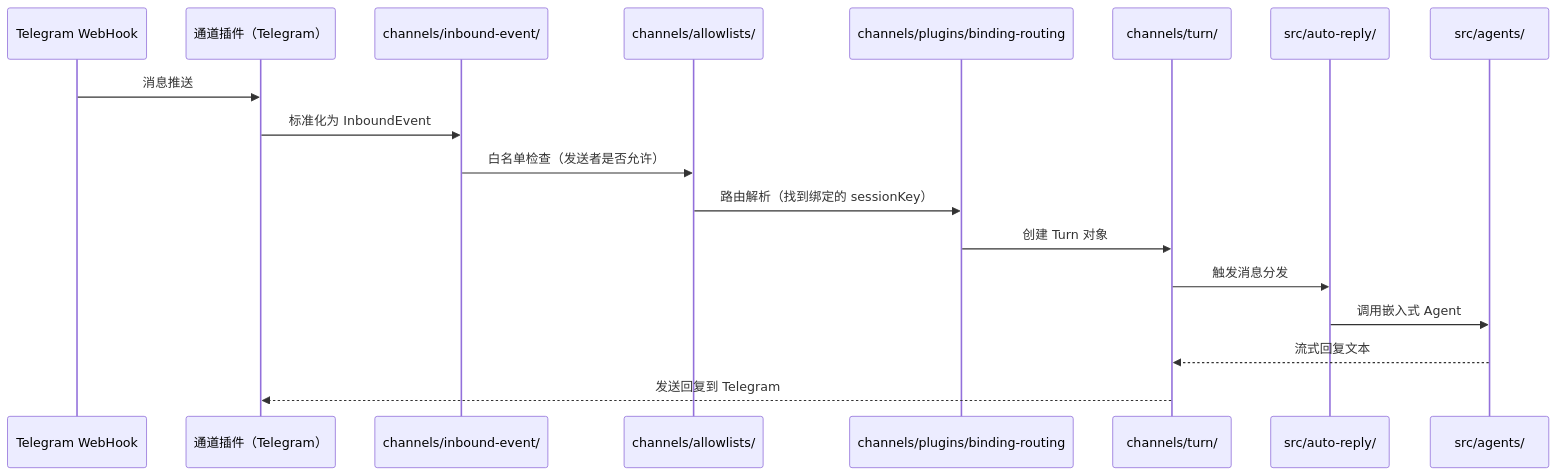
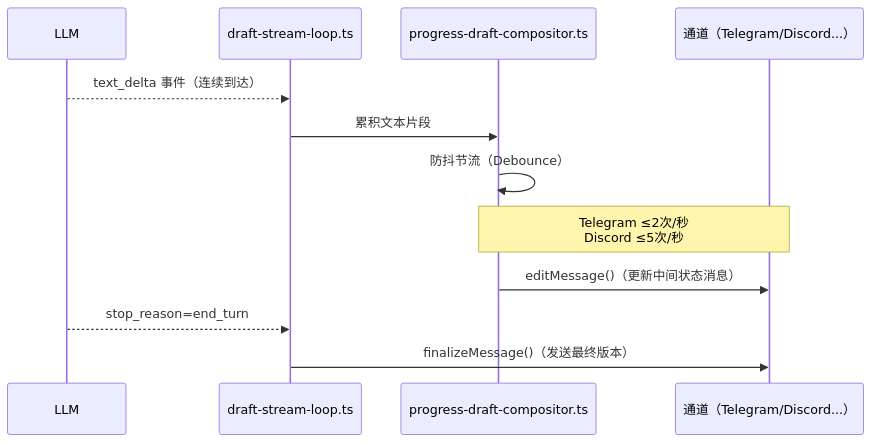
Before and after one commit to qqnhy/openclaw-code-analysiswiki: the second of 3 diagrams in docs-site/docs/chapters/03-channels.md, drawn with Mermaid. The commit also changed other lines of this file and 8 other files, not shown here.

First line of the commit message:
深化源码速查全部10章：添加实际源码片段、调用链图和设计分析

````diff
--- a/docs-site/docs/chapters/03-channels.md
+++ b/docs-site/docs/chapters/03-channels.md
@@ -94,21 +194,15 @@
 ```mermaid
 sequenceDiagram
-    participant TG as Telegram WebHook
-    participant Channel as 通道插件（Telegram）
-    participant Inbound as channels/inbound-event/
-    participant Gate as channels/allowlists/
-    participant Router as channels/plugins/binding-routing
-    participant Turn as channels/turn/
-    participant AutoReply as src/auto-reply/
-    participant Agent as src/agents/
+    participant LLM
+    participant Draft as draft-stream-loop.ts
+    participant Comp as progress-draft-compositor.ts
+    participant CH as 通道（Telegram/Discord...）
 
-    TG->>Channel: 消息推送
-    Channel->>Inbound: 标准化为 InboundEvent
-    Inbound->>Gate: 白名单检查（发送者是否允许）
-    Gate->>Router: 路由解析（找到绑定的 sessionKey）
-    Router->>Turn: 创建 Turn 对象
-    Turn->>AutoReply: 触发消息分发
-    AutoReply->>Agent: 调用嵌入式 Agent
-    Agent-->>Turn: 流式回复文本
-    Turn-->>Channel: 发送回复到 Telegram
+    LLM-->>Draft: text_delta 事件（连续到达）
+    Draft->>Comp: 累积文本片段
+    Comp->>Comp: 防抖节流（Debounce）
+    Note over Comp,CH: Telegram ≤2次/秒<br>Discord ≤5次/秒
+    Comp->>CH: editMessage()（更新中间状态消息）
+    LLM-->>Draft: stop_reason=end_turn
+    Draft->>CH: finalizeMessage()（发送最终版本）
 ```
````
